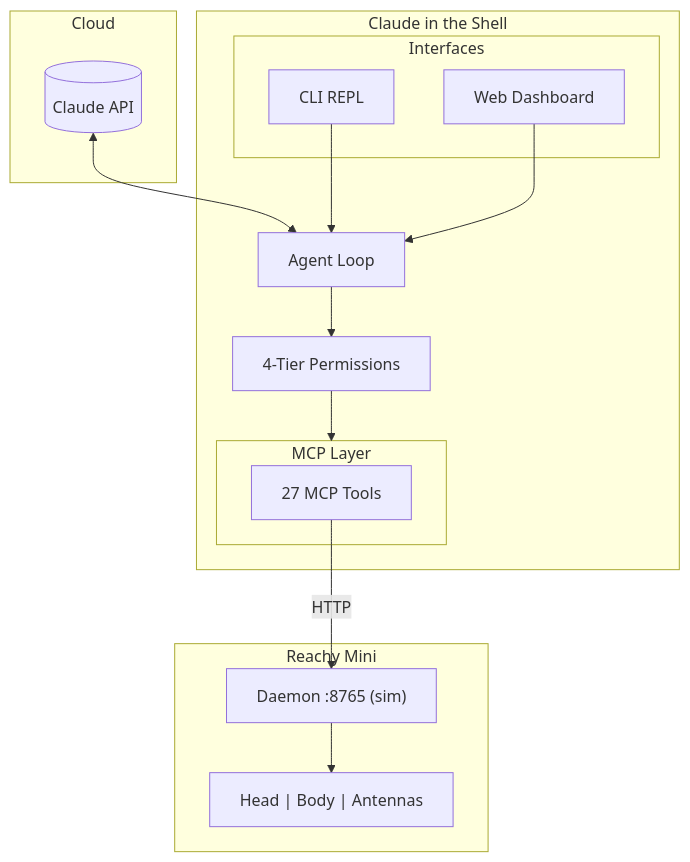
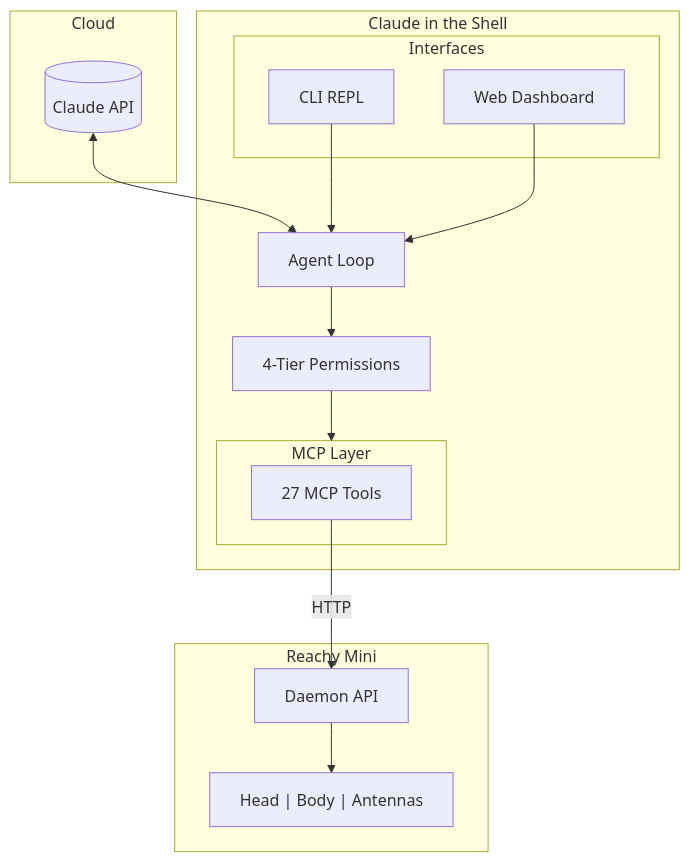
Before and after one commit to jawhnycooke/claude-in-the-shell: the diagram in docs/index.md, drawn with Mermaid. The commit also changed 3 other files, not shown here.

````diff
--- a/docs/index.md
+++ b/docs/index.md
@@ -34,33 +34,33 @@
 ```mermaid
 flowchart TB
     subgraph Cloud["Cloud"]
         CLAUDE[(Claude API)]
     end
 
     subgraph Agent["Claude in the Shell"]
         SDK["Agent Loop"]
         PERM["4-Tier Permissions"]
 
         subgraph Interface["Interfaces"]
             CLI["CLI REPL"]
             WEB["Web Dashboard"]
         end
 
         subgraph MCP["MCP Layer"]
             TOOLS["27 MCP Tools"]
         end
     end
 
     subgraph Hardware["Reachy Mini"]
-        DAEMON["Daemon :8765 (sim)"]
+        DAEMON["Daemon API"]
         ROBOT["Head | Body | Antennas"]
     end
 
     CLAUDE <--> SDK
     SDK --> PERM
     PERM --> MCP
     CLI --> SDK
     WEB --> SDK
     TOOLS -->|HTTP| DAEMON
     DAEMON --> ROBOT
 ```
````
